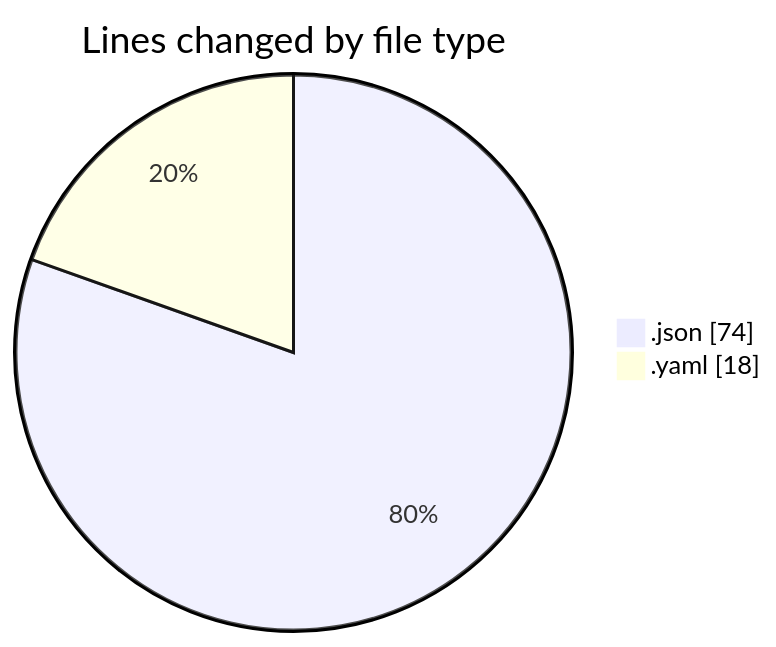
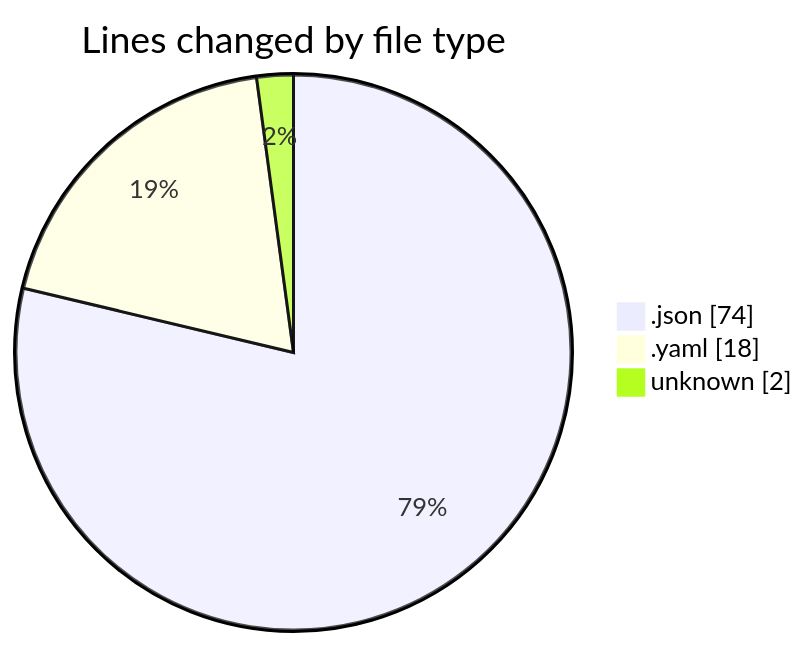
The first of 2 diagrams in 2025-08-15/alpha/README.md (FelipKnott/code-tracking), drawn with Mermaid before and after one commit. The commit also changed other lines of this file and 1 other file, not shown here.

````diff
--- a/2025-08-15/alpha/README.md
+++ b/2025-08-15/alpha/README.md
@@ -21,6 +22,7 @@
 ```mermaid
 pie showData
 title Lines changed by file type
 ".json" : 74
 ".yaml" : 18
+"unknown" : 2
 ```
````
